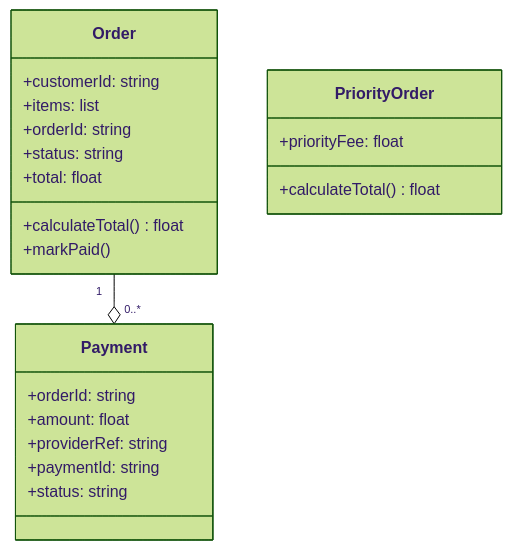
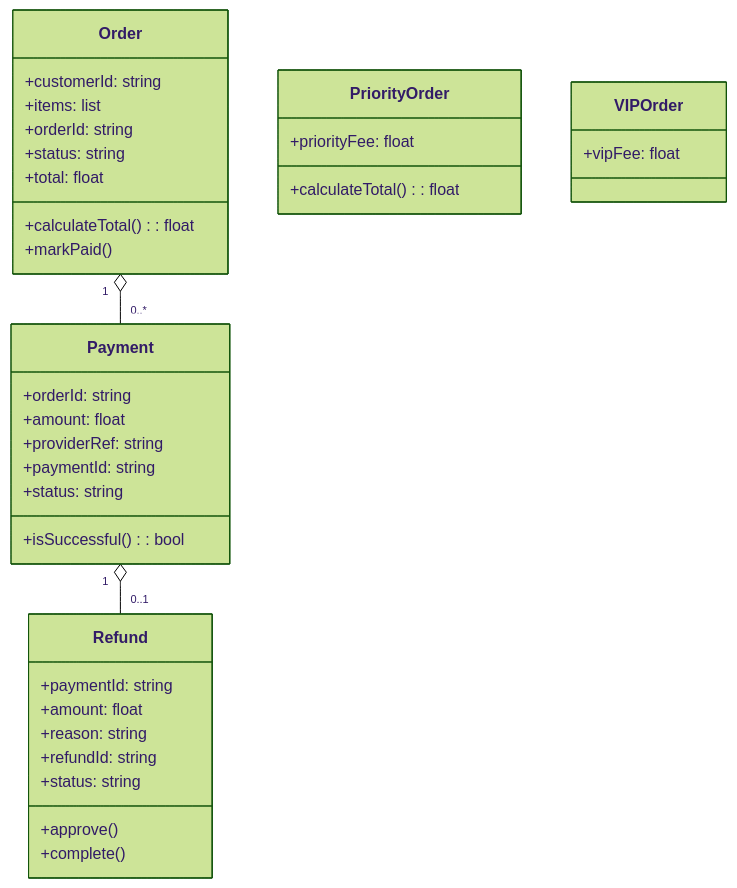
One commit to matzatezalo/local_arcbot_testing changed the diagram in docs/architecture/uml_domain_model.md. Above: the diagram before and after it, drawn with Mermaid (forest theme). The commit also changed other lines of this file and 2 other files, not shown here.

Commit message:
Update architecture diagrams based on feedback

````diff
--- a/docs/architecture/uml_domain_model.md
+++ b/docs/architecture/uml_domain_model.md
@@ -8,27 +9,43 @@
 ```mermaid
 classDiagram
     class Order {
         +customerId: string
         +items: list
         +orderId: string
         +status: string
         +total: float
-        +calculateTotal() float
+        +calculateTotal(): float
         +markPaid()
     }
 
     class PriorityOrder {
         +priorityFee: float
-        +calculateTotal() float
+        +calculateTotal(): float
+    }
+
+    class VIPOrder {
+        +vipFee: float
     }
 
     class Payment {
         +orderId: string
         +amount: float
         +providerRef: string
         +paymentId: string
         +status: string
+        +isSuccessful(): bool
     }
 
-    Order "1" --o "0..*" Payment
+    class Refund {
+        +paymentId: string
+        +amount: float
+        +reason: string
+        +refundId: string
+        +status: string
+        +approve()
+        +complete()
+    }
+
+    Order "1" o-- "0..*" Payment
+    Payment "1" o-- "0..1" Refund
 ```
````
